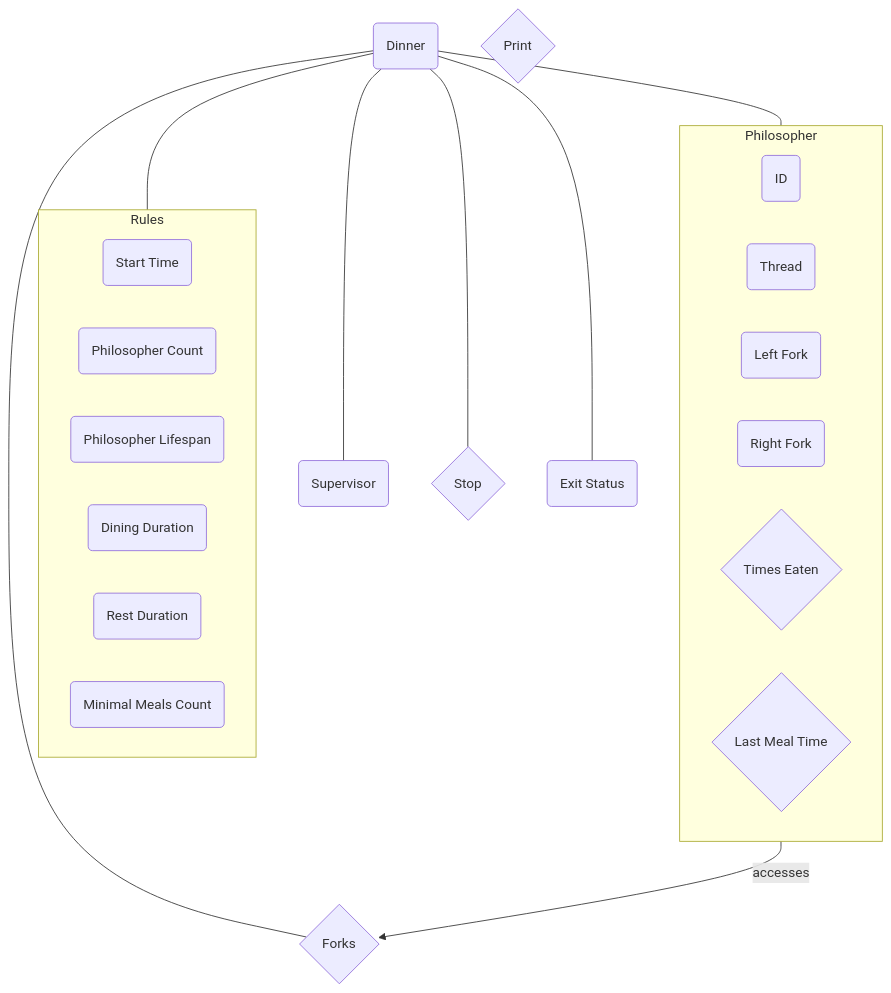
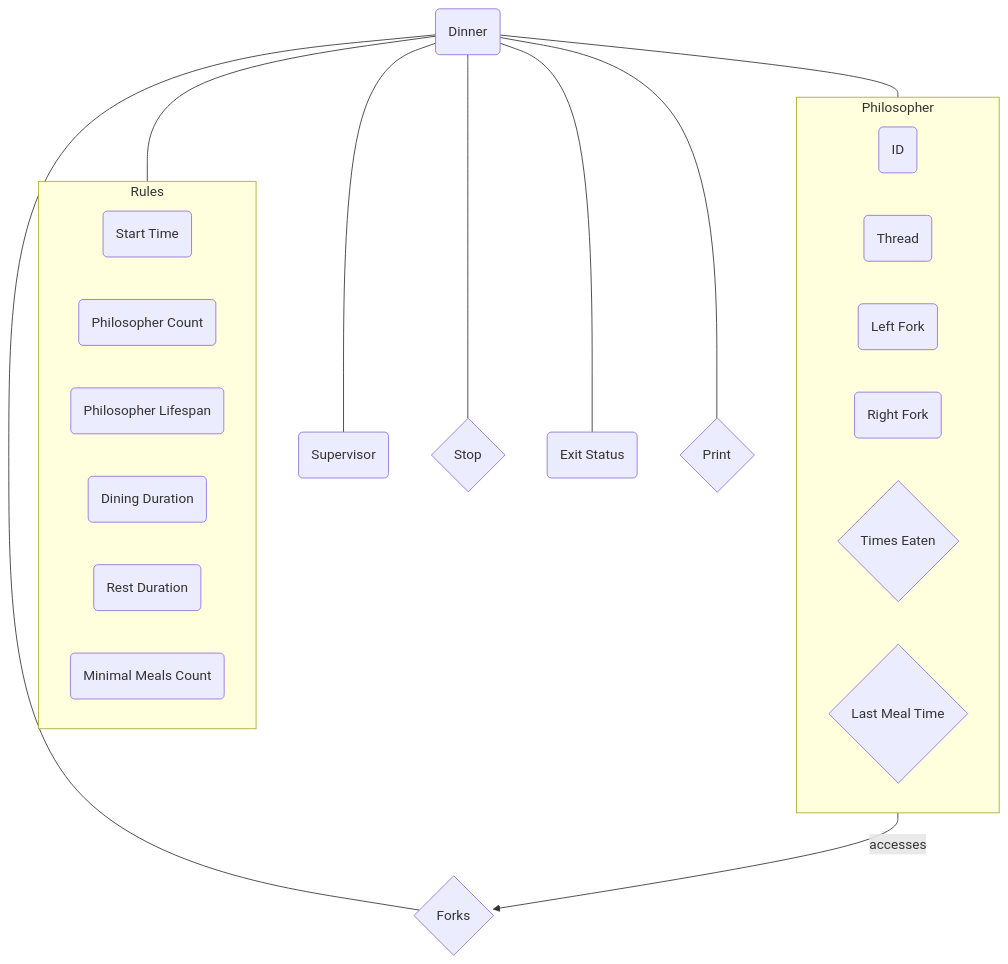
The diagram in README.md (riceset/Philosophers), drawn with Mermaid before and after one commit.

Commit message:
docs: Link print mutex

````diff
--- a/README.md
+++ b/README.md
@@ -16,39 +16,40 @@
 ```mermaid
 flowchart TB
     A("Dinner")
     B{"Forks"}
     C("Supervisor")
     D{"Stop"}
     E("Exit Status")
     F{"Print"}
 
     A --- B
     A --- C
     A --- D
     A --- E
+    A --- F
 
     subgraph Rules
 		R0("Start Time")
         R1("Philosopher Count")
         R2("Philosopher Lifespan")
         R3("Dining Duration")
         R4("Rest Duration")
         R5("Minimal Meals Count")
     end
 
     A --- Rules
 
     subgraph Philosopher
         D0("ID")
         D1("Thread")
         D2("Left Fork")
         D3("Right Fork")
         D4{"Times Eaten"}
         D5{"Last Meal Time"}
     end
 
     A --- Philosopher
 
     %% Clarifying relationships
     Philosopher -->|accesses| B
 ```
````
